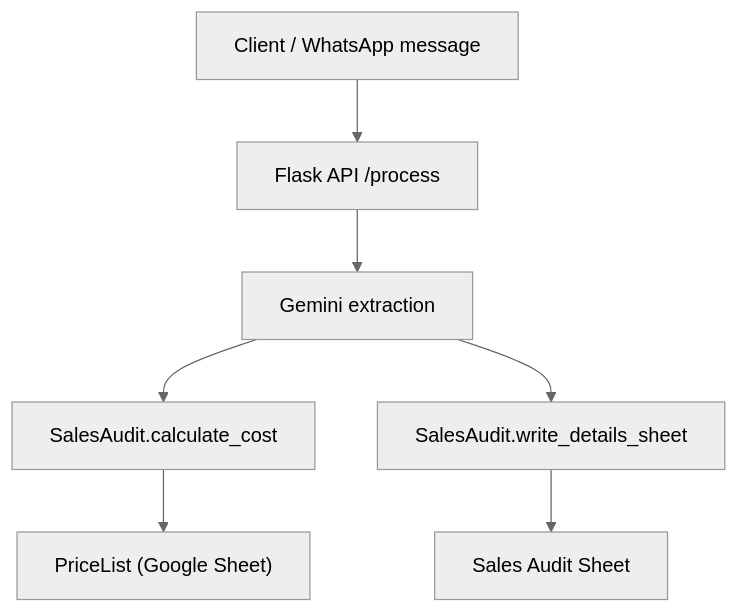
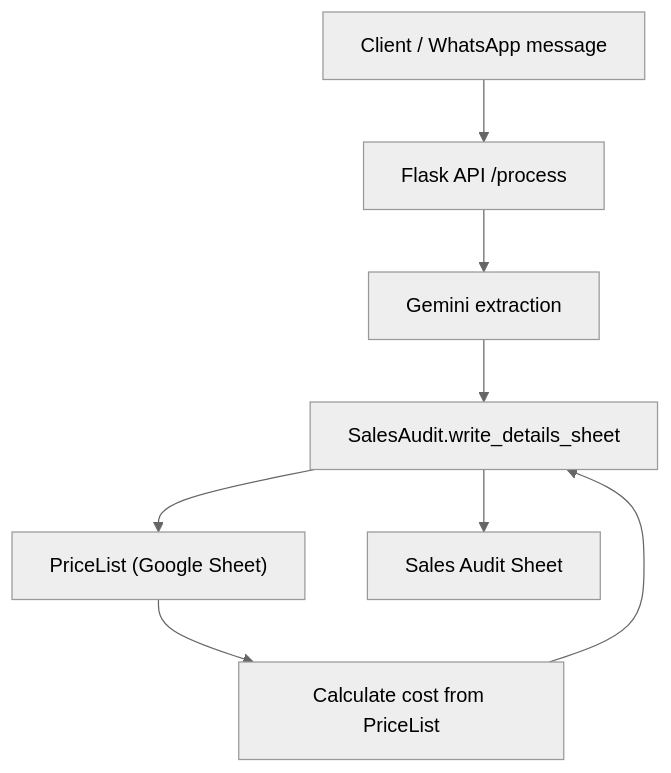
The first of 2 diagrams in README.md (KodesiaYash/hotelStaffManager), drawn with Mermaid (neutral theme) before and after one commit. The commit also changed other lines of this file and 1 other file, not shown here.

````diff
--- a/README.md
+++ b/README.md
@@ -109,9 +109,10 @@
 ```mermaid
 flowchart TD
   User["Client / WhatsApp message"] --> API["Flask API /process"]
   API --> Extract["Gemini extraction"]
-  Extract --> Cost["SalesAudit.calculate_cost"]
-  Cost --> Price["PriceList (Google Sheet)"]
   Extract --> Write["SalesAudit.write_details_sheet"]
+  Write --> Price["PriceList (Google Sheet)"]
+  Price --> Cost["Calculate cost from PriceList"]
+  Cost --> Write
   Write --> Audit["Sales Audit Sheet"]
 ```
````
